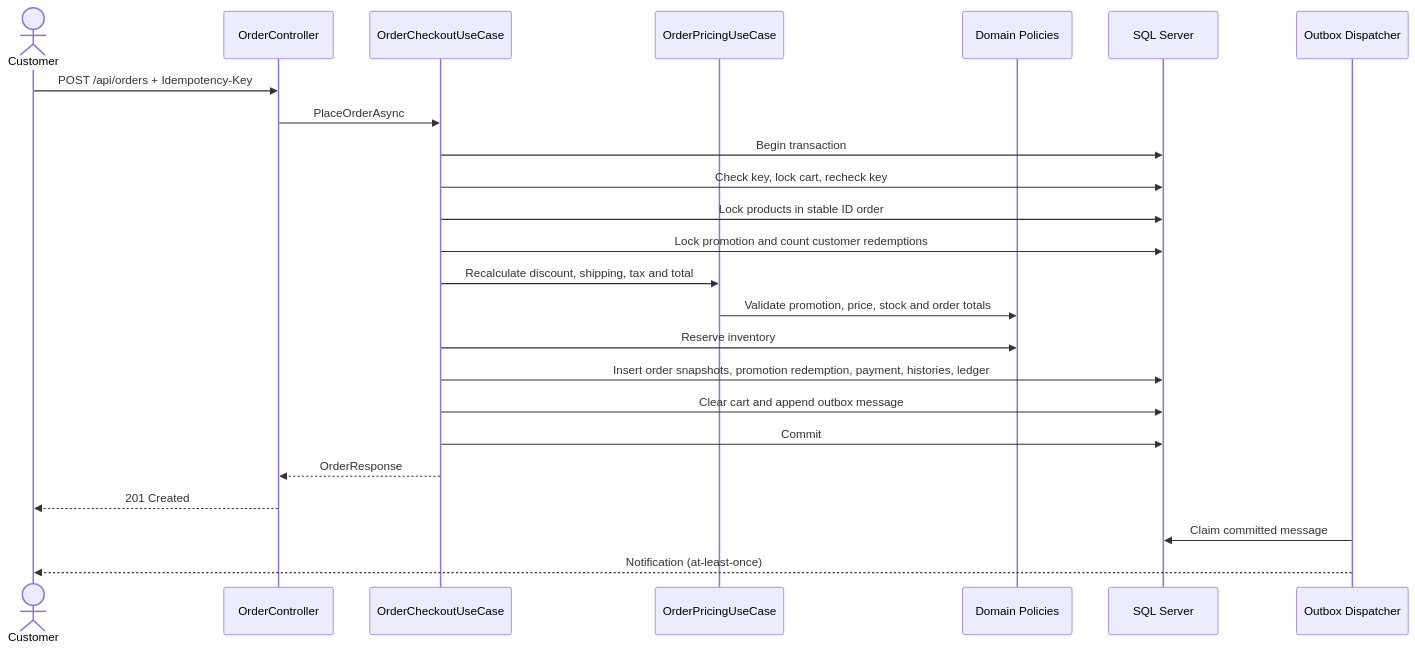
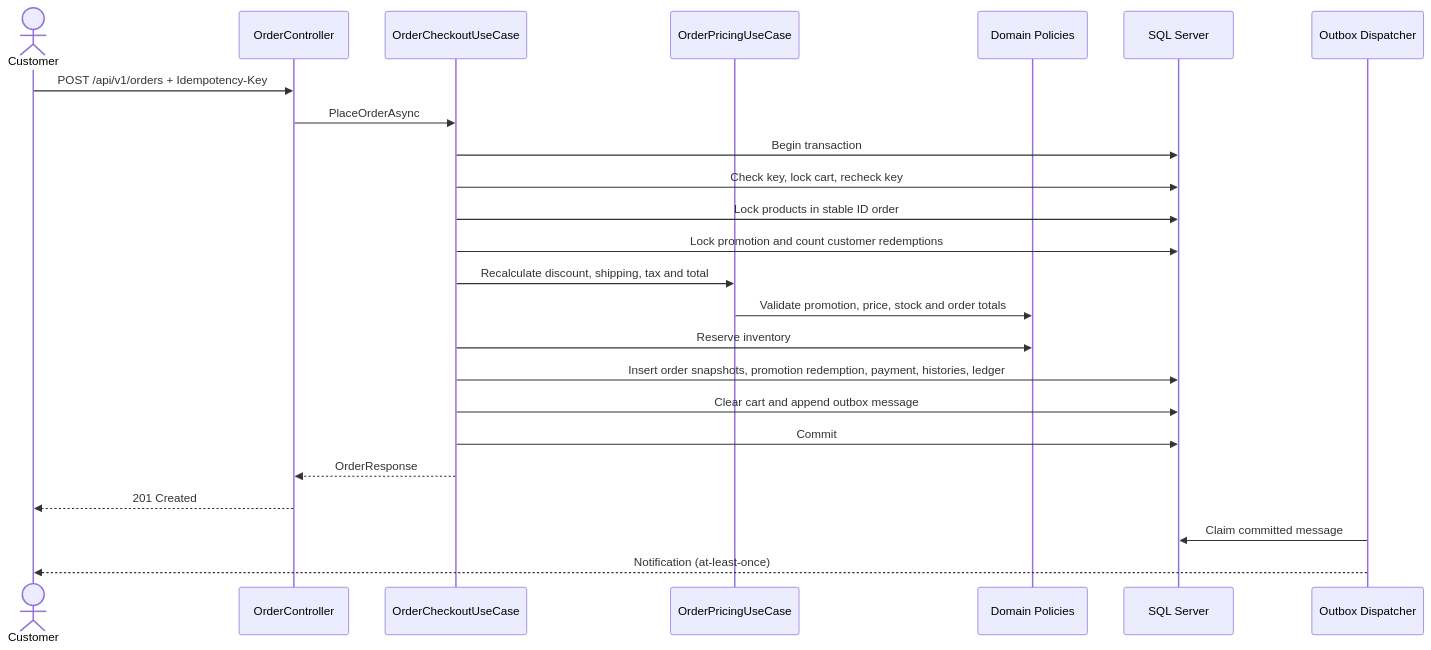
The second of 3 diagrams in docs/SEQUENCES.md (Giapnocap/ECommerceBackend), drawn with Mermaid before and after one commit. The commit also changed other lines of this file and 6 other files, not shown here.

````diff
--- a/docs/SEQUENCES.md
+++ b/docs/SEQUENCES.md
@@ -34,27 +34,27 @@
 ```mermaid
 sequenceDiagram
     actor Customer
     participant API as OrderController
     participant Checkout as OrderCheckoutUseCase
     participant Pricing as OrderPricingUseCase
     participant Rules as Domain Policies
     participant DB as SQL Server
     participant Outbox as Outbox Dispatcher
 
-    Customer->>API: POST /api/orders + Idempotency-Key
+    Customer->>API: POST /api/v1/orders + Idempotency-Key
     API->>Checkout: PlaceOrderAsync
     Checkout->>DB: Begin transaction
     Checkout->>DB: Check key, lock cart, recheck key
     Checkout->>DB: Lock products in stable ID order
     Checkout->>DB: Lock promotion and count customer redemptions
     Checkout->>Pricing: Recalculate discount, shipping, tax and total
     Pricing->>Rules: Validate promotion, price, stock and order totals
     Checkout->>Rules: Reserve inventory
     Checkout->>DB: Insert order snapshots, promotion redemption, payment, histories, ledger
     Checkout->>DB: Clear cart and append outbox message
     Checkout->>DB: Commit
     Checkout-->>API: OrderResponse
     API-->>Customer: 201 Created
     Outbox->>DB: Claim committed message
     Outbox-->>Customer: Notification (at-least-once)
 ```
````
